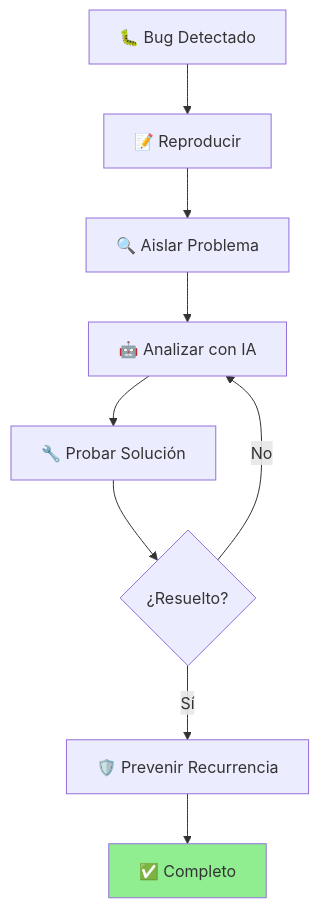
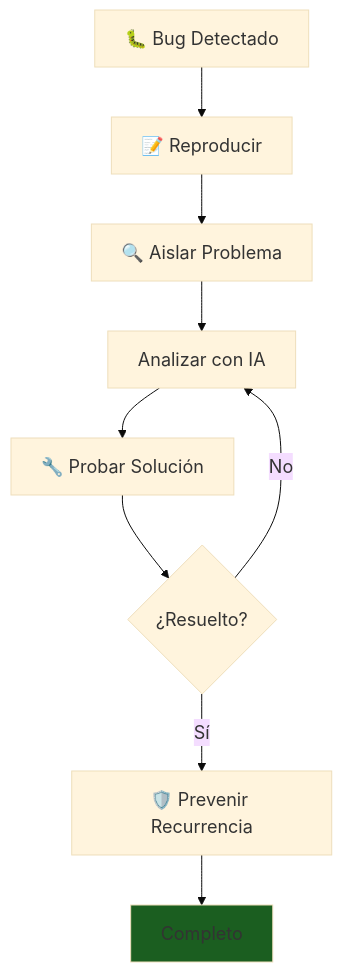
Before and after one commit to Ai-Whisperers/Courses-Content: the fifth of 8 diagrams in courses/🟡-development/FPUNA-2026/00-FUNDAMENTOS-PRINCIPALES/06-patrones-flujo-trabajo.md, drawn with Mermaid. The commit also changed other lines of this file and 47 other files, not shown here.

First line of the commit message:
fix: Make all 473 diagrams WCAG AAA accessible (FPUNA-2026)

````diff
--- a/courses/🟡-development/FPUNA-2026/00-FUNDAMENTOS-PRINCIPALES/06-patrones-flujo-trabajo.md
+++ b/courses/🟡-development/FPUNA-2026/00-FUNDAMENTOS-PRINCIPALES/06-patrones-flujo-trabajo.md
@@ -224,13 +228,14 @@
 ```mermaid
+%%{init: {'theme':'base', 'themeVariables': {'fontSize':'18px'}}}%%
 flowchart TD
     A[🐛 Bug Detectado] --> B[📝 Reproducir]
     B --> C[🔍 Aislar Problema]
-    C --> D[🤖 Analizar con IA]
+    C --> D[Analizar con IA]
     D --> E[🔧 Probar Solución]
     E --> F{¿Resuelto?}
     F -->|No| D
     F -->|Sí| G[🛡️ Prevenir Recurrencia]
-    G --> H[✅ Completo]
+    G --> H[Completo]
     
-    style H fill:#90EE90
+    style H fill:#1b5e20
 ```
````
